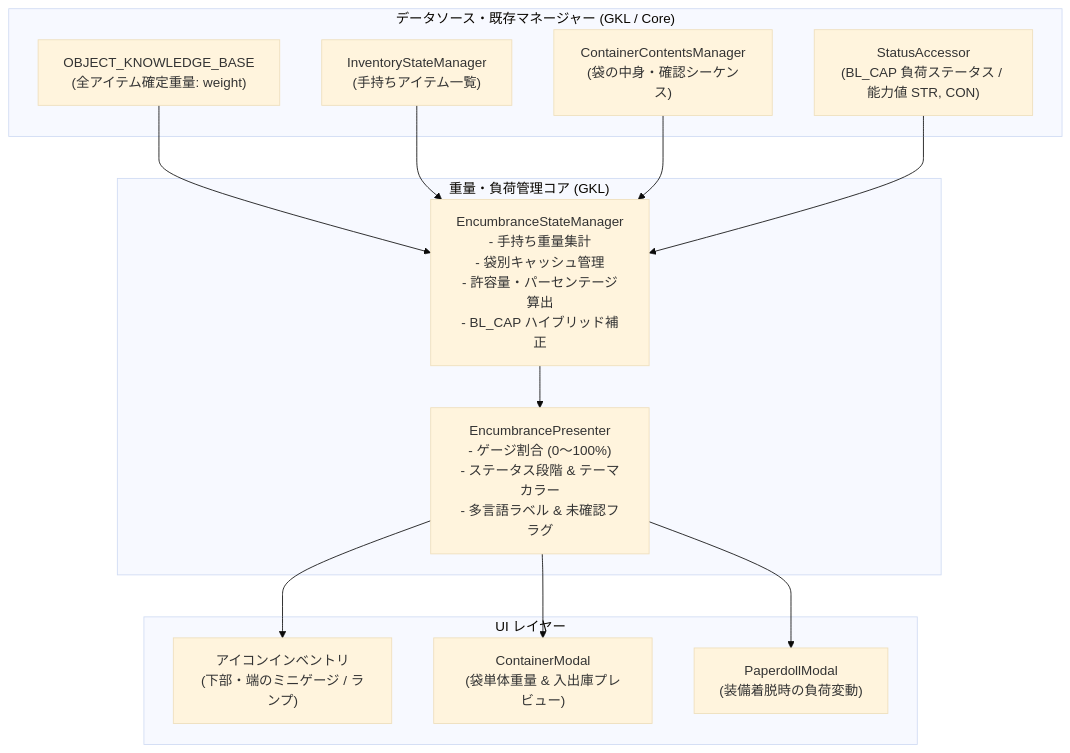
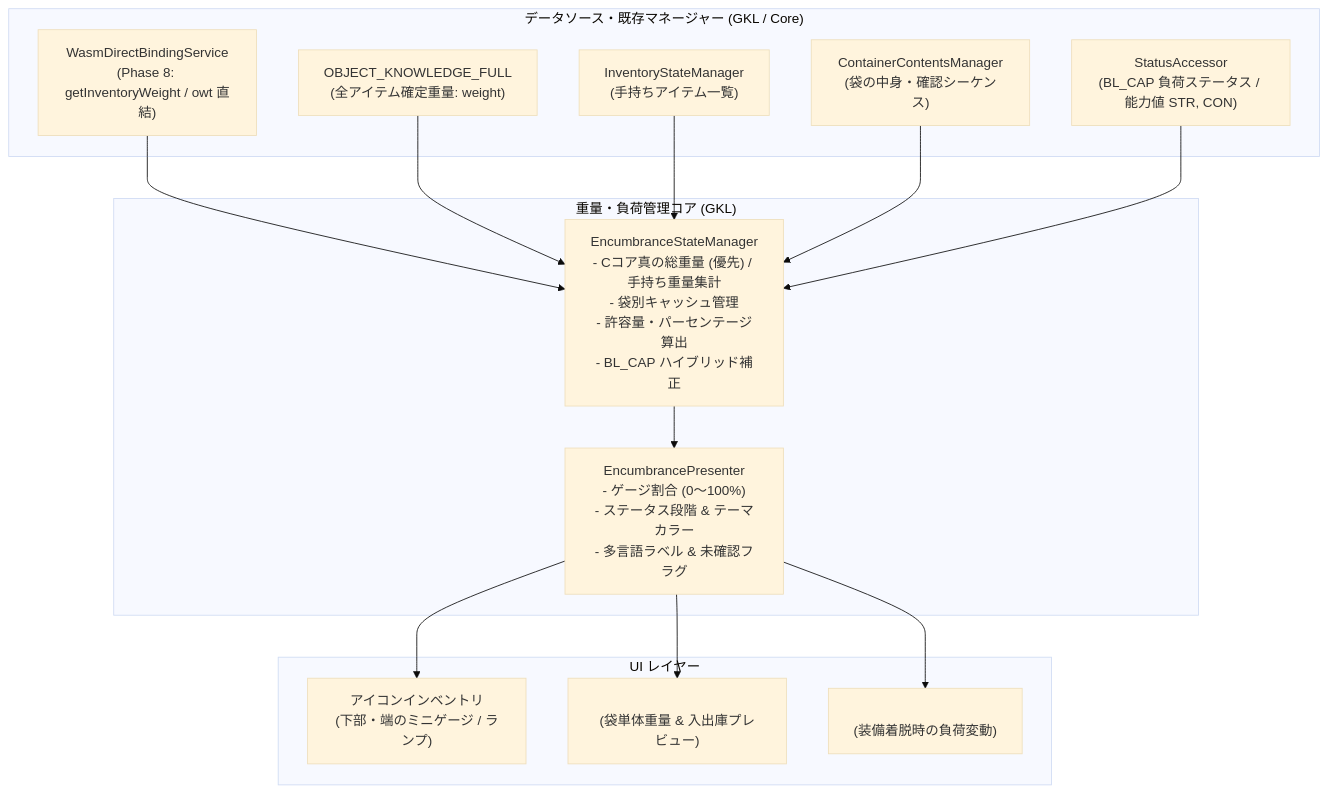
The first of 2 diagrams in docs/3_gkl/Encumbrance_and_Weight_Management_Architecture.md (e3sh/Nethack-wasm-webUI), drawn with Mermaid (base theme) before and after one commit. The commit also changed other lines of this file and 57 other files, not shown here.

````diff
--- a/docs/3_gkl/Encumbrance_and_Weight_Management_Architecture.md
+++ b/docs/3_gkl/Encumbrance_and_Weight_Management_Architecture.md
@@ -38,29 +41,31 @@
 ```mermaid
 graph TD
     subgraph Data_Sources ["データソース・既存マネージャー (GKL / Core)"]
-        OKB["OBJECT_KNOWLEDGE_BASE<br/>(全アイテム確定重量: weight)"]
+        WDB["WasmDirectBindingService<br/>(Phase 8: getInventoryWeight / owt 直結)"]
+        OKB["OBJECT_KNOWLEDGE_FULL<br/>(全アイテム確定重量: weight)"]
         ISM["InventoryStateManager<br/>(手持ちアイテム一覧)"]
         CCM["ContainerContentsManager<br/>(袋の中身・確認シーケンス)"]
         SA["StatusAccessor<br/>(BL_CAP 負荷ステータス / 能力値 STR, CON)"]
     end
 
     subgraph Encumbrance_Core ["重量・負荷管理コア (GKL)"]
-        ESM["EncumbranceStateManager<br/>- 手持ち重量集計<br/>- 袋別キャッシュ管理<br/>- 許容量・パーセンテージ算出<br/>- BL_CAP ハイブリッド補正"]
+        ESM["EncumbranceStateManager<br/>- Cコア真の総重量 (優先) / 手持ち重量集計<br/>- 袋別キャッシュ管理<br/>- 許容量・パーセンテージ算出<br/>- BL_CAP ハイブリッド補正"]
         EP["EncumbrancePresenter<br/>- ゲージ割合 (0〜100%)<br/>- ステータス段階 & テーマカラー<br/>- 多言語ラベル & 未確認フラグ"]
     end
 
     subgraph UI_Layer ["UI レイヤー"]
         IconInv["アイコンインベントリ<br/>(下部・端のミニゲージ / ランプ)"]
-        ContModal["ContainerModal<br/>(袋単体重量 & 入出庫プレビュー)"]
-        Paperdoll["PaperdollModal<br/>(装備着脱時の負荷変動)"]
+        ContModal["<nh-container-filer><br/>(袋単体重量 & 入出庫プレビュー)"]
+        Paperdoll["<nh-paperdoll><br/>(装備着脱時の負荷変動)"]
     end
 
+    WDB --> ESM
     OKB --> ESM
     ISM --> ESM
     CCM --> ESM
     SA --> ESM
     ESM --> EP
     EP --> IconInv
     EP --> ContModal
     EP --> Paperdoll
 ```
````
